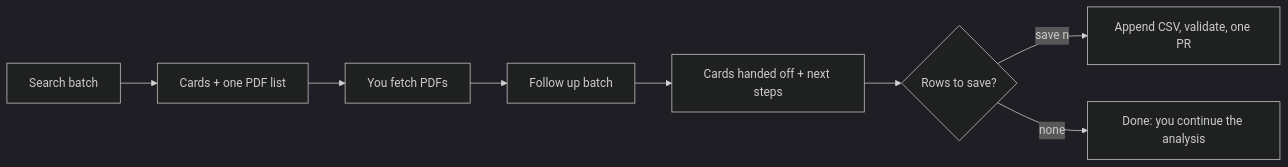
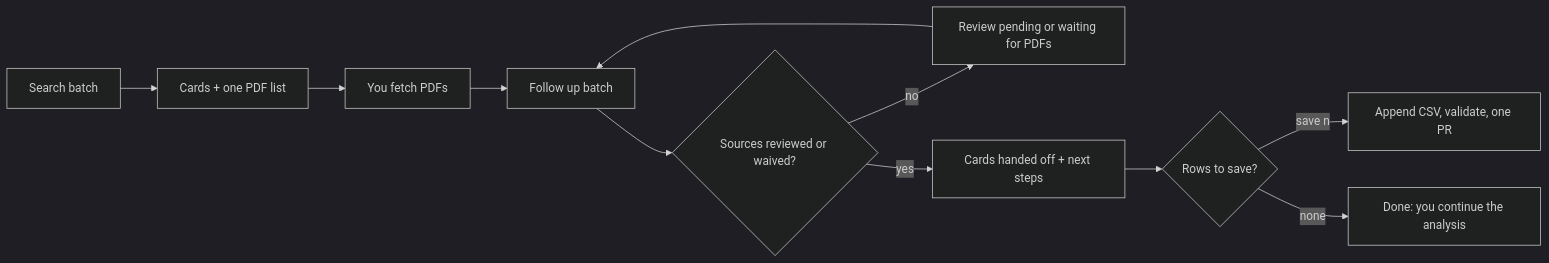
Before and after one commit to ImperialCollegeLondon/ve_data_science: the diagram in docs/AI-assisted-parameterisation.md, drawn with Mermaid (dark theme). The commit also changed other lines of this file and 3 other files, not shown here.

````diff
--- a/docs/AI-assisted-parameterisation.md
+++ b/docs/AI-assisted-parameterisation.md
@@ -33,10 +36,13 @@
 ```mermaid
 flowchart LR
     A[Search batch] --> B[Cards + one PDF list]
     B --> C[You fetch PDFs]
     C --> D[Follow up batch]
-    D --> E[Cards handed off + next steps]
-    E --> F{Rows to save?}
+    D --> E{Sources reviewed or waived?}
+    E -- no --> I[Review pending or waiting for PDFs]
+    I --> D
+    E -- yes --> J[Cards handed off + next steps]
+    J --> F{Rows to save?}
     F -- "save n" --> G[Append CSV, validate, one PR]
     F -- none --> H[Done: you continue the analysis]
 ```
````
